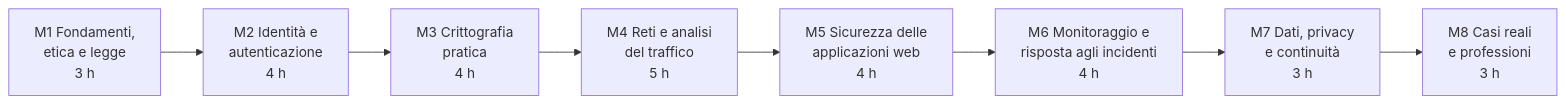
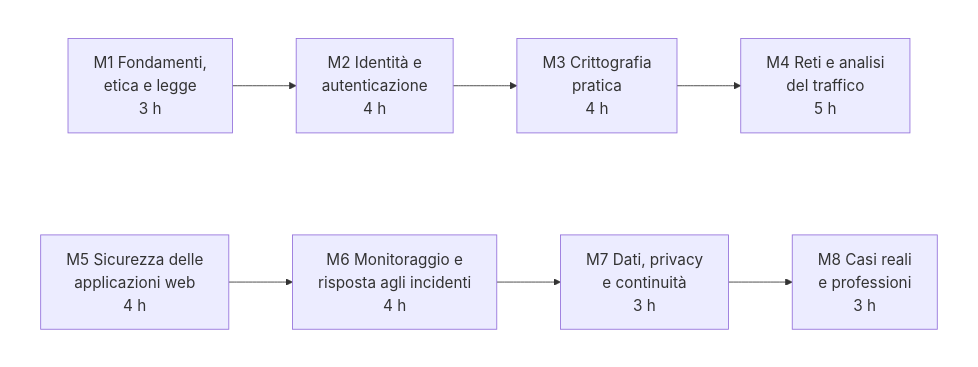
Before and after one commit to enrico200165/enricov_didattica_AI_main: the diagram in PON_orient/corso02_cybersecurity/00_syllabus_info/corso02_00_syllabus_2026-09-30_1112.md, drawn with Mermaid. The commit also changed other lines of this file and 8 other files, not shown here.

````diff
--- a/PON_orient/corso02_cybersecurity/00_syllabus_info/corso02_00_syllabus_2026-09-30_1112.md
+++ b/PON_orient/corso02_cybersecurity/00_syllabus_info/corso02_00_syllabus_2026-09-30_1112.md
@@ -66,10 +78,19 @@
 ```mermaid
-flowchart LR
-    M1["M1 Fondamenti,<br/>etica e legge<br/>3 h"] --> M2["M2 Identità e<br/>autenticazione<br/>4 h"]
-    M2 --> M3["M3 Crittografia<br/>pratica<br/>4 h"]
-    M3 --> M4["M4 Reti e analisi<br/>del traffico<br/>5 h"]
-    M4 --> M5["M5 Sicurezza delle<br/>applicazioni web<br/>4 h"]
-    M5 --> M6["M6 Monitoraggio e<br/>risposta agli incidenti<br/>4 h"]
-    M6 --> M7["M7 Dati, privacy<br/>e continuità<br/>3 h"]
-    M7 --> M8["M8 Casi reali<br/>e professioni<br/>3 h"]
+%%{init: {'themeVariables': {'fontSize': '18px'}}}%%
+flowchart TB
+    subgraph R1 [" "]
+        direction LR
+        M1["M1 Fondamenti,<br/>etica e legge<br/>3 h"] --> M2["M2 Identità e<br/>autenticazione<br/>4 h"]
+        M2 --> M3["M3 Crittografia<br/>pratica<br/>4 h"]
+        M3 --> M4["M4 Reti e analisi<br/>del traffico<br/>5 h"]
+    end
+    subgraph R2 [" "]
+        direction LR
+        M5["M5 Sicurezza delle<br/>applicazioni web<br/>4 h"] --> M6["M6 Monitoraggio e<br/>risposta agli incidenti<br/>4 h"]
+        M6 --> M7["M7 Dati, privacy<br/>e continuità<br/>3 h"]
+        M7 --> M8["M8 Casi reali<br/>e professioni<br/>3 h"]
+    end
+    R1 ~~~ R2
+    style R1 fill:none,stroke:none
+    style R2 fill:none,stroke:none
 ```
````
